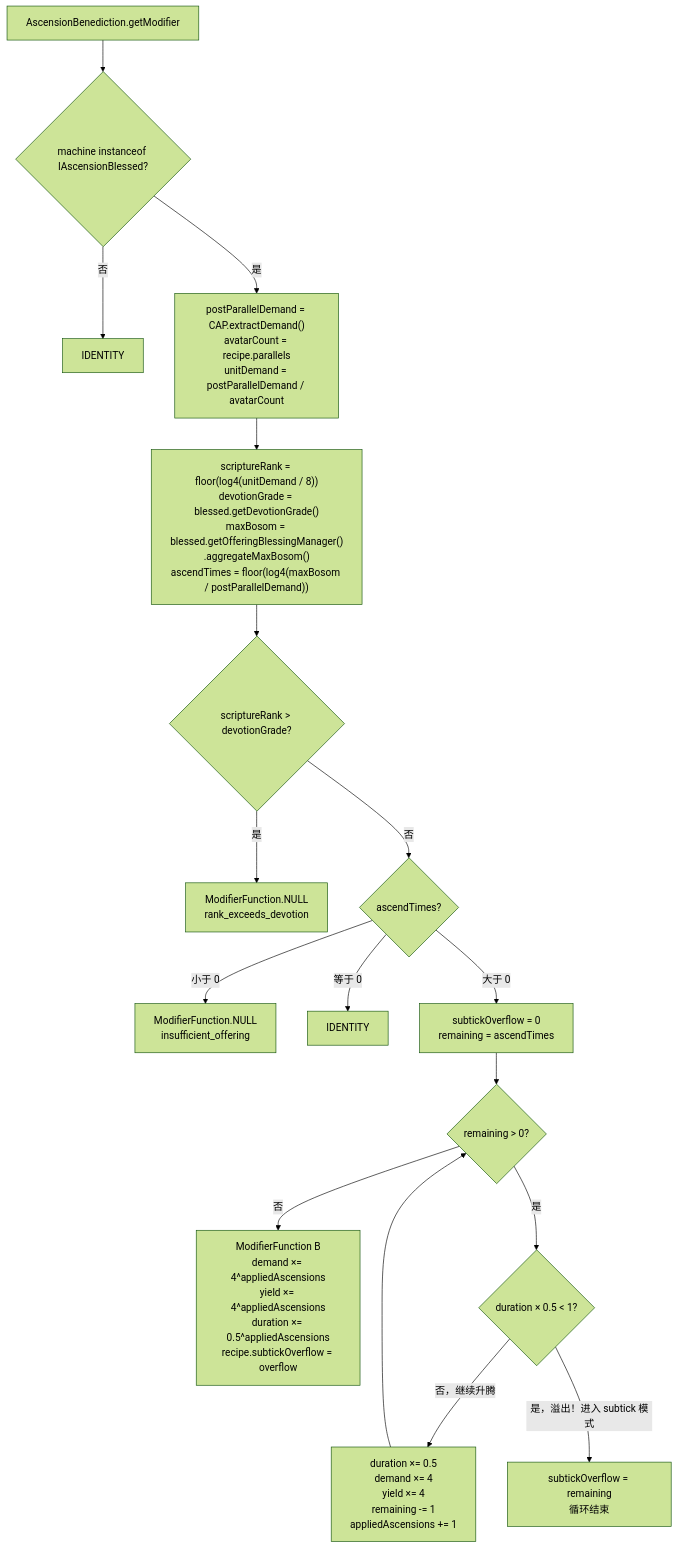
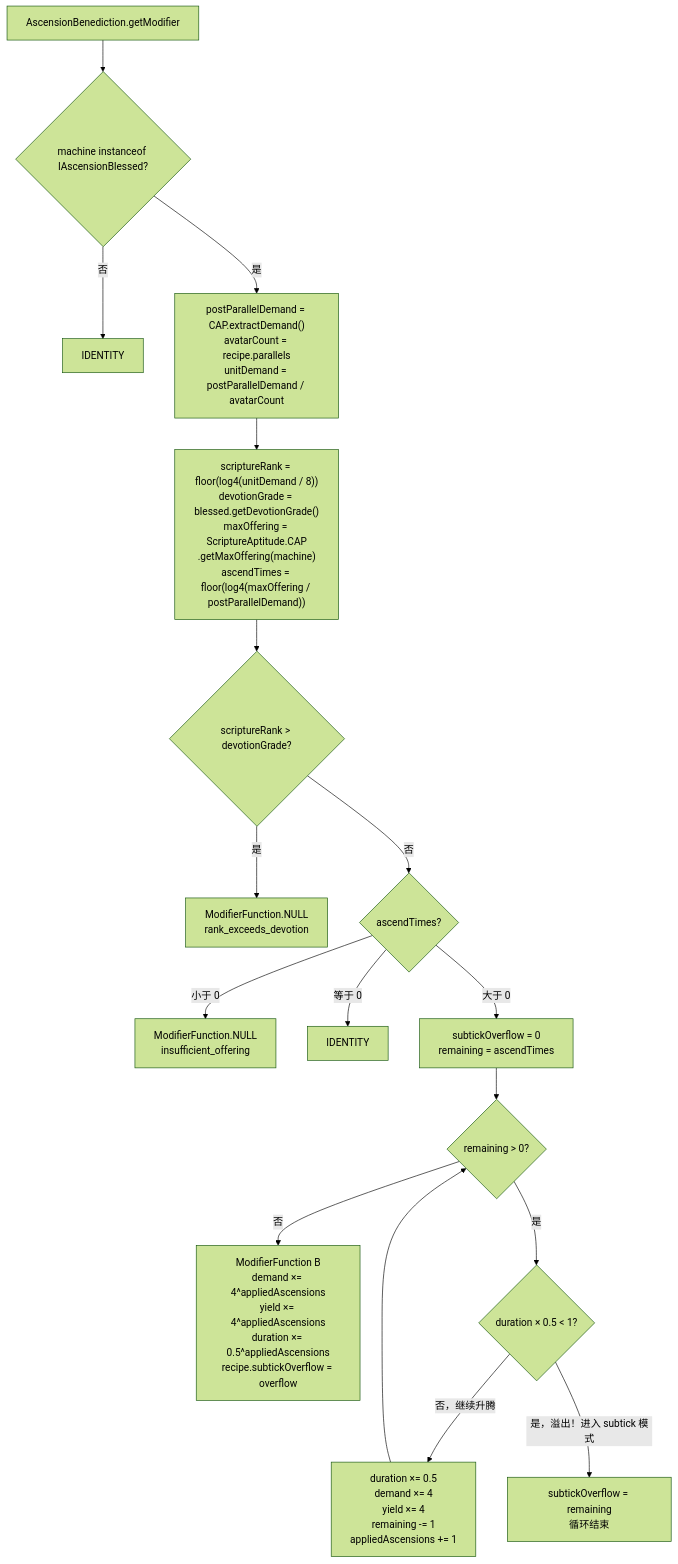
The seventh of 12 diagrams in docs/skills/divine-machine-execution-flow.md (dalizi2333/GoblinTechMotiveCore), drawn with Mermaid (forest theme) before and after one commit. The commit also changed other lines of this file and 17 other files, not shown here.

````diff
--- a/docs/skills/divine-machine-execution-flow.md
+++ b/docs/skills/divine-machine-execution-flow.md
@@ -548,19 +549,19 @@
 ```mermaid
 flowchart TD
     A[AscensionBenediction.getModifier] --> B{"machine instanceof IAscensionBlessed?"}
     B -->|"否"| C[IDENTITY]
     B -->|"是"| D["postParallelDemand = CAP.extractDemand()<br/>avatarCount = recipe.parallels<br/>unitDemand = postParallelDemand / avatarCount"]
-    D --> E["scriptureRank = floor(log4(unitDemand / 8))<br/>devotionGrade = blessed.getDevotionGrade()<br/>maxBosom = blessed.getOfferingBlessingManager()<br/>.aggregateMaxBosom()<br/>ascendTimes = floor(log4(maxBosom / postParallelDemand))"]
+    D --> E["scriptureRank = floor(log4(unitDemand / 8))<br/>devotionGrade = blessed.getDevotionGrade()<br/>maxOffering = ScriptureAptitude.CAP<br/>.getMaxOffering(machine)<br/>ascendTimes = floor(log4(maxOffering / postParallelDemand))"]
     E --> F{"scriptureRank > devotionGrade?"}
     F -->|"是"| G[ModifierFunction.NULL<br/>rank_exceeds_devotion]
     F -->|"否"| H{"ascendTimes?"}
     H -->|"小于 0"| I[ModifierFunction.NULL<br/>insufficient_offering]
     H -->|"等于 0"| J[IDENTITY]
     H -->|"大于 0"| K["subtickOverflow = 0<br/>remaining = ascendTimes"]
     K --> L{"remaining > 0?"}
     L -->|"否"| M["ModifierFunction B<br/>demand ×= 4^appliedAscensions<br/>yield ×= 4^appliedAscensions<br/>duration ×= 0.5^appliedAscensions<br/>recipe.subtickOverflow = overflow"]
     L -->|"是"| N{"duration × 0.5 < 1?"}
     N -->|"否，继续升腾"| O["duration ×= 0.5<br/>demand ×= 4<br/>yield ×= 4<br/>remaining -= 1<br/>appliedAscensions += 1"]
     N -->|"是，溢出！进入 subtick 模式"| P["subtickOverflow = remaining<br/>循环结束"]
     O --> L
 ```
````
